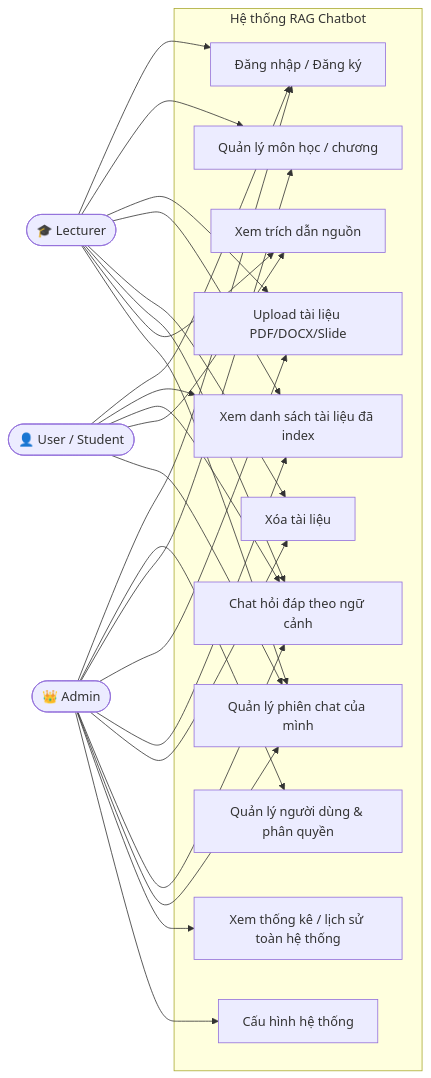
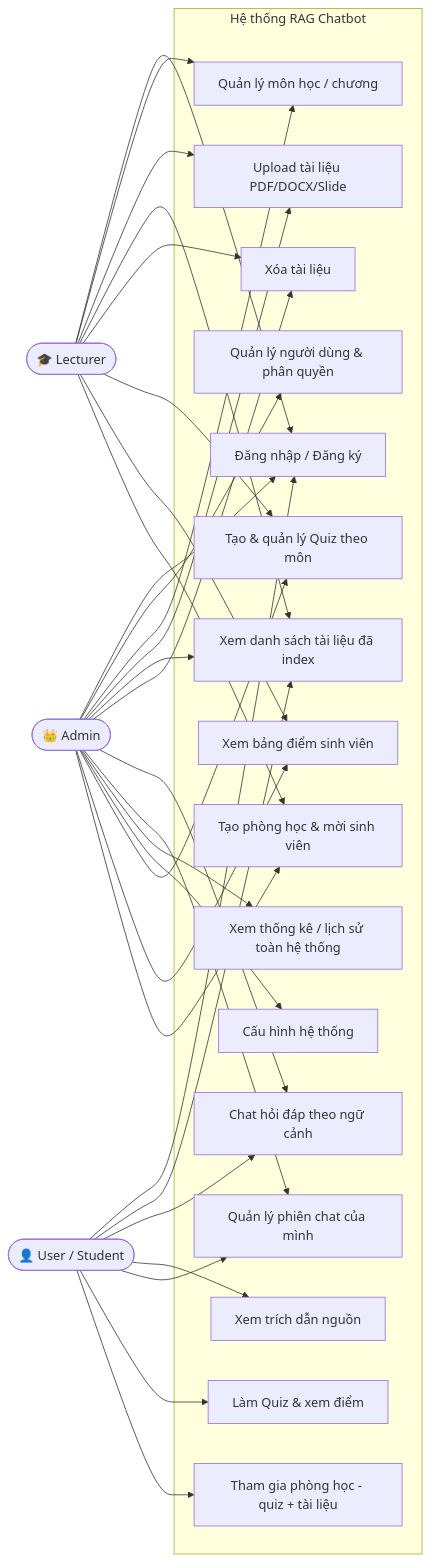
Before and after one commit to Scobydoo1/swd: the first of 13 diagrams in docs/DESIGN.md, drawn with Mermaid. The commit also changed other lines of this file and 29 other files, not shown here.

First line of the commit message:
feat(rooms): phòng học Lecturer/Admin + chat chỉ Sinh viên + bảng điểm quiz

````diff
--- a/docs/DESIGN.md
+++ b/docs/DESIGN.md
@@ -11,46 +11,56 @@
 ```mermaid
 graph LR
     Admin([👑 Admin])
     Lecturer([🎓 Lecturer])
     User([👤 User / Student])
 
     subgraph "Hệ thống RAG Chatbot"
         UC1[Đăng nhập / Đăng ký]
         UC2[Quản lý người dùng & phân quyền]
         UC3[Quản lý môn học / chương]
         UC4[Upload tài liệu PDF/DOCX/Slide]
         UC5[Xem danh sách tài liệu đã index]
         UC6[Xóa tài liệu]
         UC7[Chat hỏi đáp theo ngữ cảnh]
         UC8[Xem trích dẫn nguồn]
         UC9[Quản lý phiên chat của mình]
         UC10[Xem thống kê / lịch sử toàn hệ thống]
         UC11[Cấu hình hệ thống]
+        UC12[Tạo & quản lý Quiz theo môn]
+        UC13[Làm Quiz & xem điểm]
+        UC14[Xem bảng điểm sinh viên]
+        UC15[Tạo phòng học & mời sinh viên]
+        UC16[Tham gia phòng học - quiz + tài liệu]
     end
 
     User --> UC1
     User --> UC5
     User --> UC7
     User --> UC8
     User --> UC9
+    User --> UC13
+    User --> UC16
 
     Lecturer --> UC1
     Lecturer --> UC3
     Lecturer --> UC4
     Lecturer --> UC5
     Lecturer --> UC6
-    Lecturer --> UC7
-    Lecturer --> UC8
-    Lecturer --> UC9
+    Lecturer --> UC12
+    Lecturer --> UC14
+    Lecturer --> UC15
 
     Admin --> UC1
     Admin --> UC2
     Admin --> UC3
     Admin --> UC4
     Admin --> UC5
     Admin --> UC6
     Admin --> UC7
     Admin --> UC9
     Admin --> UC10
     Admin --> UC11
+    Admin --> UC12
+    Admin --> UC14
+    Admin --> UC15
 ```
````
